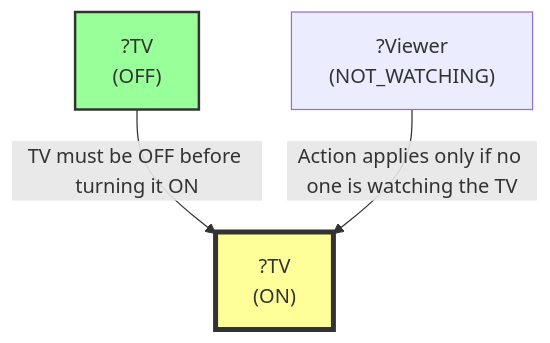
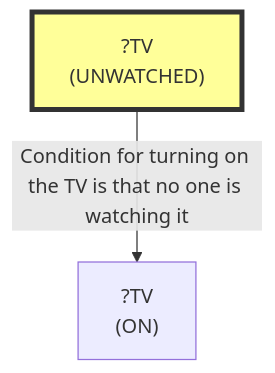
The first of 19 diagrams in evaluation/results/table1/_raw/robostate/run_T1_SCALE_SG05_S5.md (scuama/virtualhome), drawn with Mermaid before and after one commit. The commit also changed other lines of this file and 46 other files, not shown here.

````diff
--- a/evaluation/results/table1/_raw/robostate/run_T1_SCALE_SG05_S5.md
+++ b/evaluation/results/table1/_raw/robostate/run_T1_SCALE_SG05_S5.md
@@ -174,10 +103,7 @@
 ```mermaid
 graph TD
     N1["?TV<br>(ON)"]
-    style N1 fill:#ff9,stroke:#333,stroke-width:4px
-    N2["?TV<br>(OFF)"]
-    style N2 fill:#9f9,stroke:#333,stroke-width:2px
-    N3["?Viewer<br>(NOT_WATCHING)"]
-    N2 -->|"TV must be OFF before turning it ON"| N1
-    N3 -->|"Action applies only if no one is watching the TV"| N1
+    N2["?TV<br>(UNWATCHED)"]
+    style N2 fill:#ff9,stroke:#333,stroke-width:4px
+    N2 -->|"Condition for turning on the TV is that no one is watching it"| N1
 ```
````
